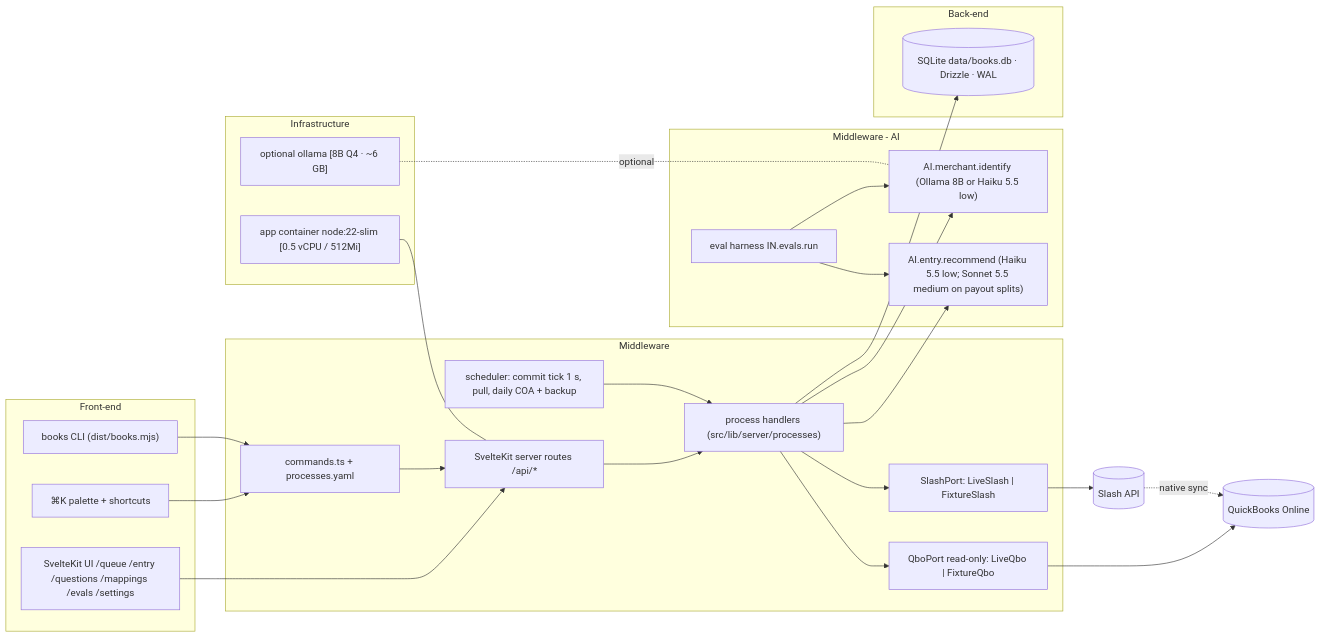
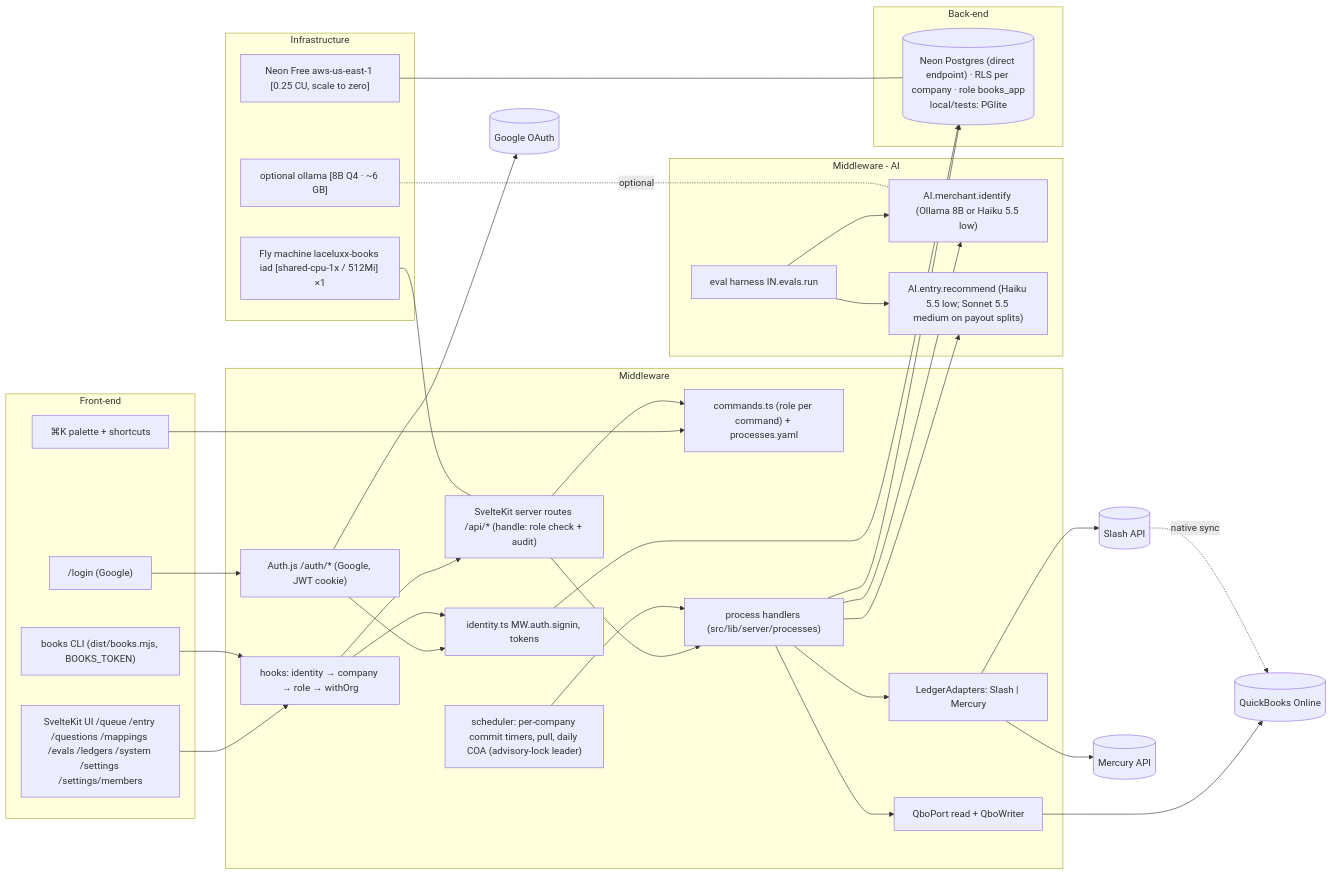
The second of 16 diagrams in ARCHITECTURE.md (MAKaminski/svelte-accounting-agent), drawn with Mermaid before and after one commit. The commit also changed other lines of this file and 2 other files, not shown here.

````diff
--- a/ARCHITECTURE.md
+++ b/ARCHITECTURE.md
@@ -159,43 +166,56 @@
 ```mermaid
 flowchart LR
   subgraph FE[Front-end]
-    UI["SvelteKit UI /queue /entry /questions /mappings /evals /settings"]
-    CLI["books CLI (dist/books.mjs)"]
+    UI["SvelteKit UI /queue /entry /questions /mappings /evals /ledgers /system /settings /settings/members"]
+    LOGIN["/login (Google)"]
+    CLI["books CLI (dist/books.mjs, BOOKS_TOKEN)"]
     PAL["⌘K palette + shortcuts"]
   end
   subgraph MW[Middleware]
-    API["SvelteKit server routes /api/*"]
-    REG["commands.ts + processes.yaml"]
+    AUTH["Auth.js /auth/* (Google, JWT cookie)"]
+    HOOK["hooks: identity → company → role → withOrg"]
+    IDN["identity.ts MW.auth.signin, tokens"]
+    API["SvelteKit server routes /api/* (handle: role check + audit)"]
+    REG["commands.ts (role per command) + processes.yaml"]
     PROC["process handlers (src/lib/server/processes)"]
-    SCH["scheduler: commit tick 1 s, pull, daily COA + backup"]
-    SLC["SlashPort: LiveSlash | FixtureSlash"]
-    QBC["QboPort read-only: LiveQbo | FixtureQbo"]
+    SCH["scheduler: per-company commit timers, pull, daily COA (advisory-lock leader)"]
+    LED["LedgerAdapters: Slash | Mercury"]
+    QBC["QboPort read + QboWriter"]
   end
   subgraph AI[Middleware - AI]
     ID["AI.merchant.identify (Ollama 8B or Haiku 5.5 low)"]
     REC["AI.entry.recommend (Haiku 5.5 low; Sonnet 5.5 medium on payout splits)"]
     EV["eval harness IN.evals.run"]
   end
   subgraph BE[Back-end]
-    DB[("SQLite data/books.db · Drizzle · WAL")]
+    DB[("Neon Postgres (direct endpoint) · RLS per company · role books_app<br/>local/tests: PGlite")]
   end
   subgraph IN[Infrastructure]
-    C["app container node:22-slim [0.5 vCPU / 512Mi]"]
+    C["Fly machine laceluxx-books iad [shared-cpu-1x / 512Mi] ×1"]
+    NEON["Neon Free aws-us-east-1 [0.25 CU, scale to zero]"]
     OL["optional ollama [8B Q4 · ~6 GB]"]
   end
-  UI --> API
+  LOGIN --> AUTH --> GOOG[(Google OAuth)]
+  AUTH --> IDN
+  UI --> HOOK
+  CLI --> HOOK
   PAL --> REG
-  CLI --> REG --> API
+  HOOK --> IDN
+  HOOK --> API
+  API --> REG
   API --> PROC
   SCH --> PROC
-  PROC --> SLC --> SLASH[(Slash API)]
+  PROC --> LED --> SLASH[(Slash API)]
+  LED --> MERC[(Mercury API)]
   PROC --> QBC --> QBO[(QuickBooks Online)]
   SLASH -. native sync .-> QBO
   PROC --> ID
   PROC --> REC
   EV --> REC
   EV --> ID
   PROC --> DB
+  IDN --> DB
   C --- API
+  NEON --- DB
   OL -. optional .- ID
 ```
````
